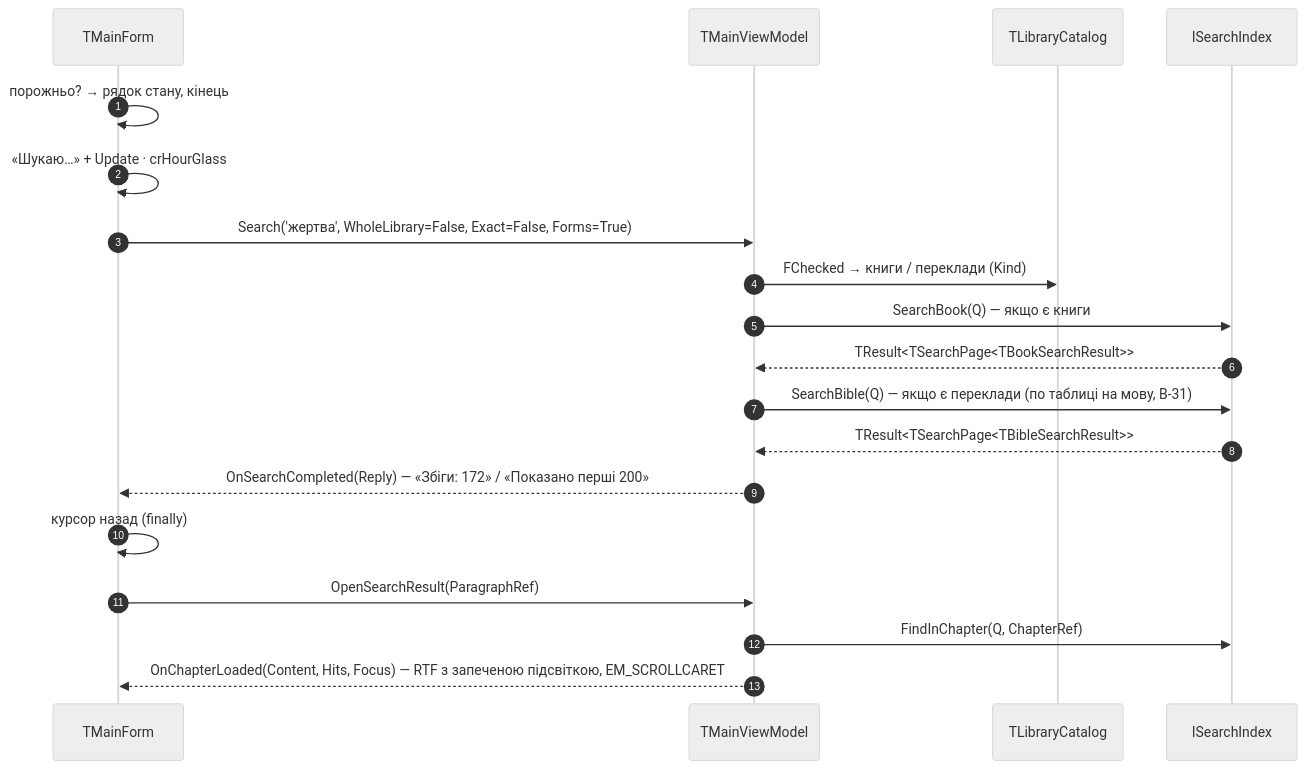
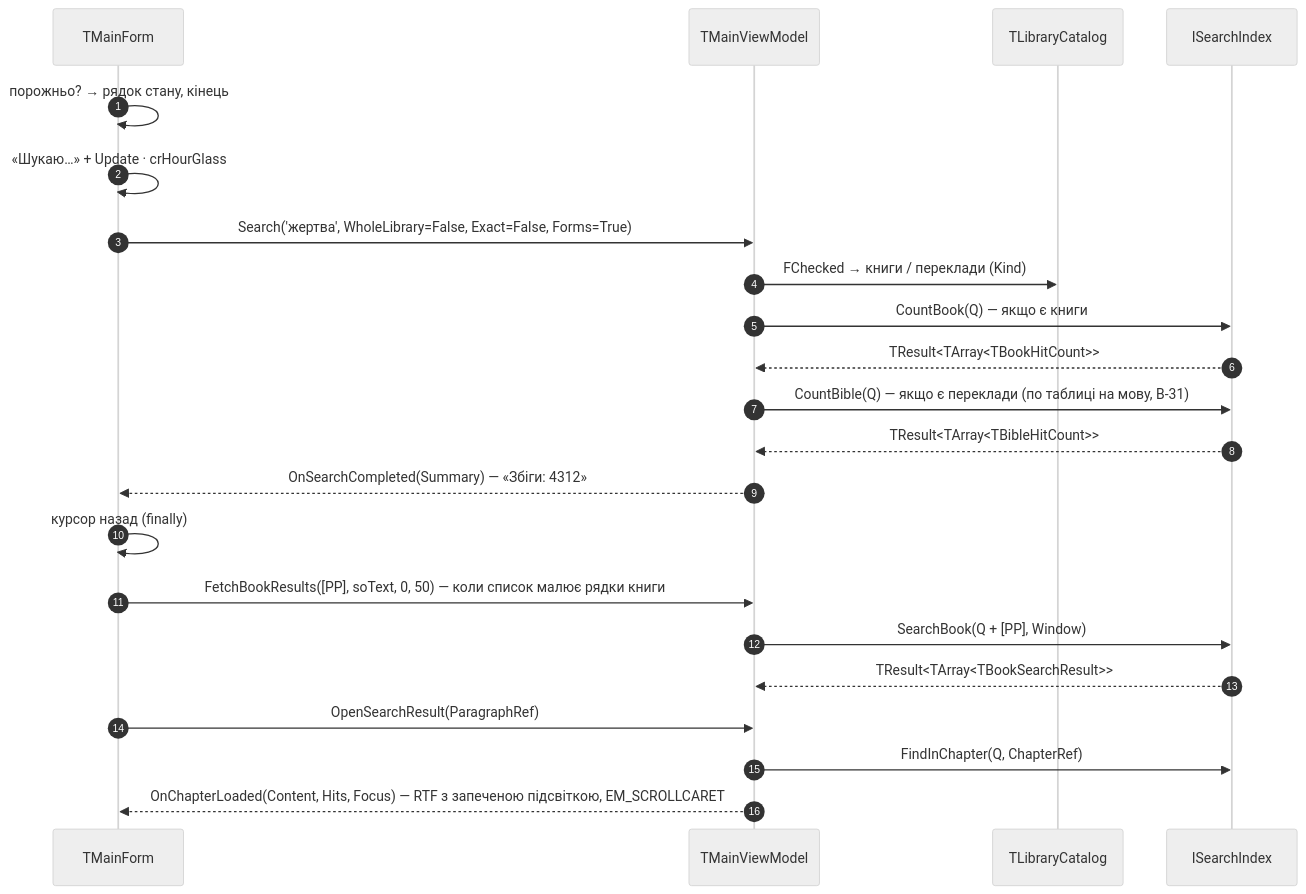
One commit to vitaliid/Slovo changed the third of 3 diagrams in architecture/Slovo_04_Presentation_UI.md. Above: the diagram before and after it, drawn with Mermaid (neutral theme). The commit also changed other lines of this file and 4 other files, not shown here.

First line of the commit message:
Sprint 2: docs - search in two steps without a limit, results grouped by book, two result views (Slovo_01 B-34, Slovo_04 A.4, E-19, E-20)

````diff
--- a/architecture/Slovo_04_Presentation_UI.md
+++ b/architecture/Slovo_04_Presentation_UI.md
@@ -351,21 +368,24 @@
 ```mermaid
 sequenceDiagram
     autonumber
     participant F as TMainForm
     participant VM as TMainViewModel
     participant C as TLibraryCatalog
     participant SI as ISearchIndex
     F->>F: порожньо? → рядок стану, кінець
     F->>F: «Шукаю…» + Update · crHourGlass
     F->>VM: Search('жертва', WholeLibrary=False, Exact=False, Forms=True)
     VM->>C: FChecked → книги / переклади (Kind)
-    VM->>SI: SearchBook(Q) — якщо є книги
-    SI-->>VM: TResult<TSearchPage<TBookSearchResult>>
-    VM->>SI: SearchBible(Q) — якщо є переклади (по таблиці на мову, B-31)
-    SI-->>VM: TResult<TSearchPage<TBibleSearchResult>>
-    VM-->>F: OnSearchCompleted(Reply) — «Збіги: 172» / «Показано перші 200»
+    VM->>SI: CountBook(Q) — якщо є книги
+    SI-->>VM: TResult<TArray<TBookHitCount>>
+    VM->>SI: CountBible(Q) — якщо є переклади (по таблиці на мову, B-31)
+    SI-->>VM: TResult<TArray<TBibleHitCount>>
+    VM-->>F: OnSearchCompleted(Summary) — «Збіги: 4312»
     F->>F: курсор назад (finally)
+    F->>VM: FetchBookResults([PP], soText, 0, 50) — коли список малює рядки книги
+    VM->>SI: SearchBook(Q + [PP], Window)
+    SI-->>VM: TResult<TArray<TBookSearchResult>>
     F->>VM: OpenSearchResult(ParagraphRef)
     VM->>SI: FindInChapter(Q, ChapterRef)
     VM-->>F: OnChapterLoaded(Content, Hits, Focus) — RTF з запеченою підсвіткою, EM_SCROLLCARET
 ```
````
